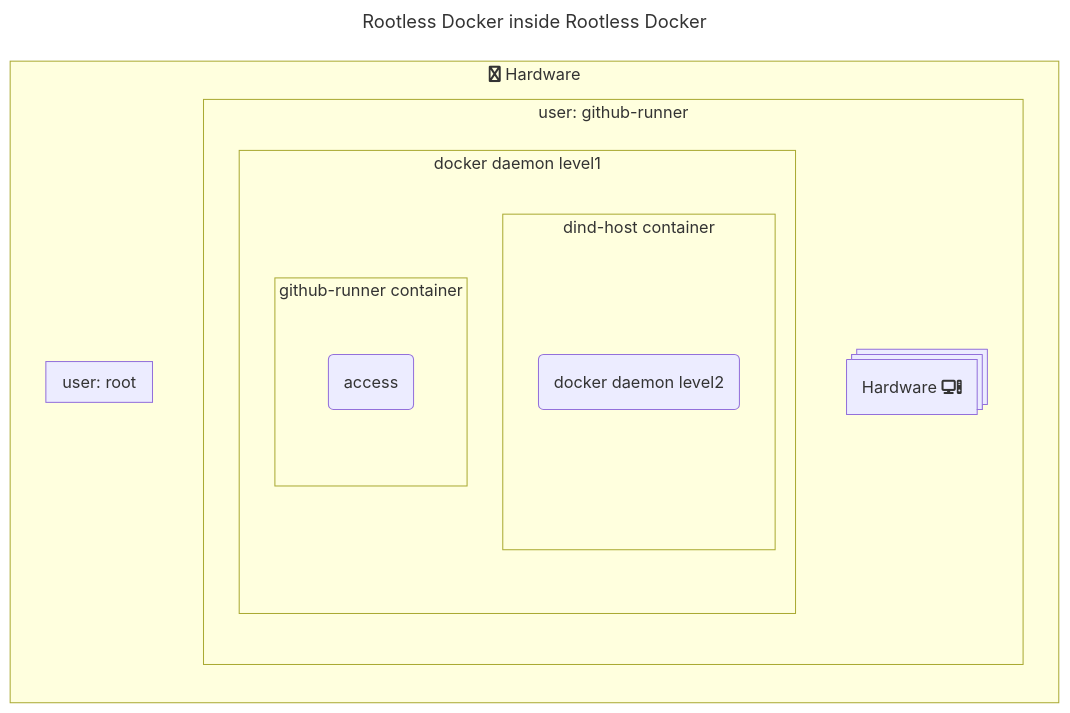
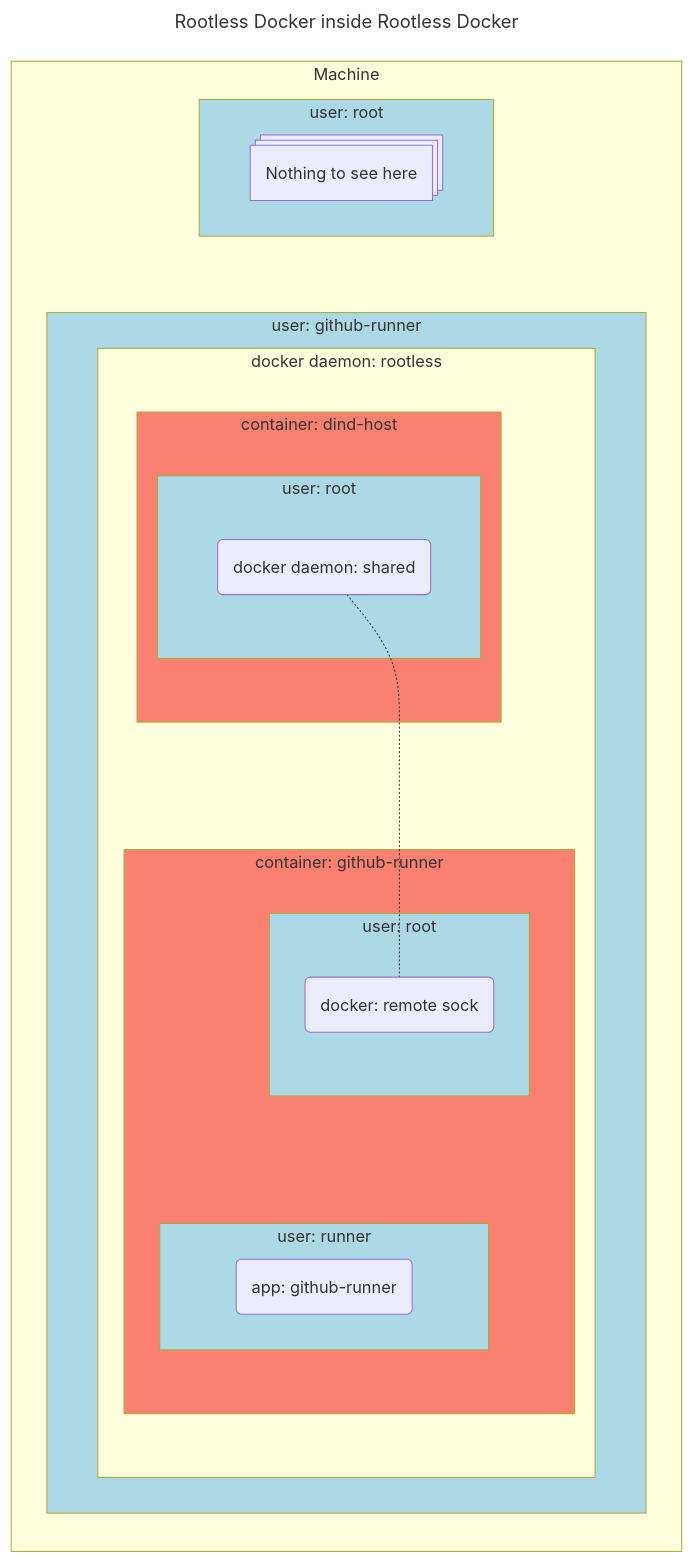
One commit to ibp-network/ansible-role-github-runner-ephemeral changed the diagram in README.md. Above: the diagram before and after it, drawn with Mermaid.

````diff
--- a/README.md
+++ b/README.md
@@ -21,35 +21,60 @@
 ```mermaid
 ---
 title: Rootless Docker inside Rootless Docker
 ---
-flowchart TB
+flowchart LR
 
-  subgraph box1 [fa:fa-twitter Hardware]
-    direction TB
+  subgraph machine [Machine]
 
-    subgraph box12 ["user: github-runner"]
-      direction TB
+    subgraph root1 [user: root]
+      style root1 fill:lightblue
       A@{ shape: st-rect, label: "Nothing to see here" }
+    end
 
-      subgraph box121 ["docker daemon level1"]
-        direction TB
+    subgraph user1 ["user: github-runner"]
+      style user1 fill:lightblue
+      
+      subgraph daemon1 ["docker daemon: rootless"]
 
-        subgraph box1211 ["dind-host container"]
-          direction LR
-            node12111(docker daemon level2)
+        subgraph container1 ["container: dind-host"]
+          style container1 fill:salmon
+
+          subgraph root2 ["user: root"]
+            style root2 fill:lightblue
+
+            daemon2("docker daemon: shared")
+
+          end
+
         end
 
-        subgraph box1212 ["github-runner container"]
-          direction TB
-            node12112(access)
+        subgraph container2 ["container: github-runner"]
+          style container2 fill:salmon
+
+          subgraph root5 ["user: root"]
+            style root5 fill:lightblue
+
+            daemon3("docker: remote sock")
+
+          end
+
+          subgraph user5 ["user: runner"]
+            style user5 fill:lightblue
+
+            app("app: github-runner")
+
+          end
+            
         end
 
       end
+
     end
 
-    subgraph box11 [user: root]
-      direction TB
-      A@{ shape: st-rect, label: "Hardware fa:fa-computer" }
-    end
+    root1 ~~~ user1
+    container1 ~~~ container2
+    daemon2 -.- daemon3
+    root5 ~~~ user5
+    
   end
 ```
````
